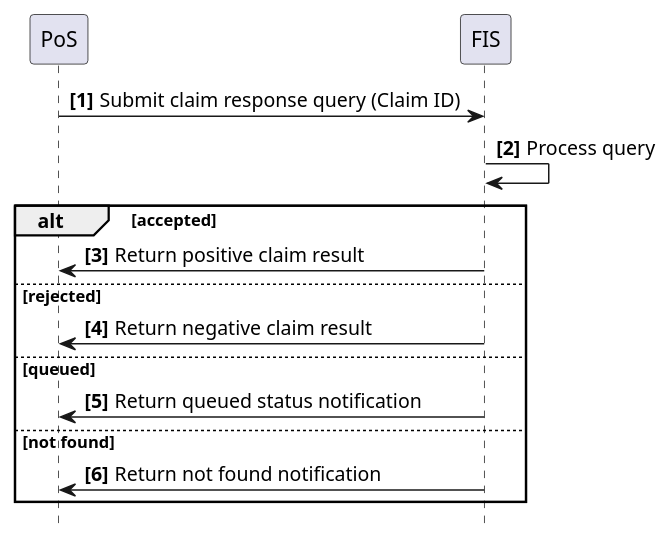
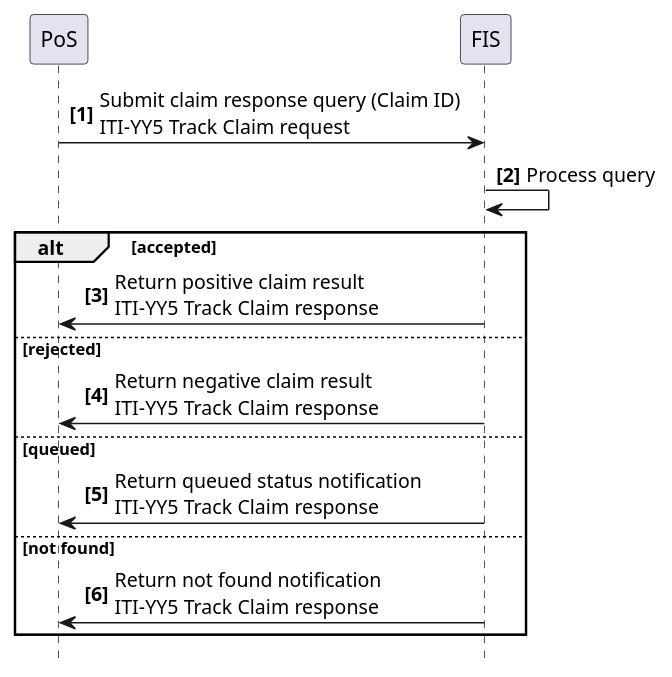
Before and after one commit to IHE/ITI.Finance: the diagram in input/images-source/usecase7-processflow.plantuml, drawn with PlantUML. The commit also changed 9 other files, not shown here.

```diff
--- a/input/images-source/usecase7-processflow.plantuml
+++ b/input/images-source/usecase7-processflow.plantuml
@@ -1,22 +1,22 @@
 @startuml
 skinparam svgDimensionStyle false
 hide footbox
 autonumber "<b>[0]"
 
 participant PoS
 participant FIS
 
-PoS -> FIS: Submit claim response query (Claim ID)
+PoS -> FIS: Submit claim response query (Claim ID)\nITI-YY5 Track Claim request
 FIS -> FIS: Process query
 
 alt accepted
-	FIS -> PoS: Return positive claim result
+	FIS -> PoS: Return positive claim result\nITI-YY5 Track Claim response
 else rejected
-	FIS -> PoS: Return negative claim result
+	FIS -> PoS: Return negative claim result\nITI-YY5 Track Claim response
 else queued
-	FIS -> PoS: Return queued status notification
+	FIS -> PoS: Return queued status notification\nITI-YY5 Track Claim response
 else not found
-	FIS -> PoS: Return not found notification
+	FIS -> PoS: Return not found notification\nITI-YY5 Track Claim response
 end
 
 @enduml
```
